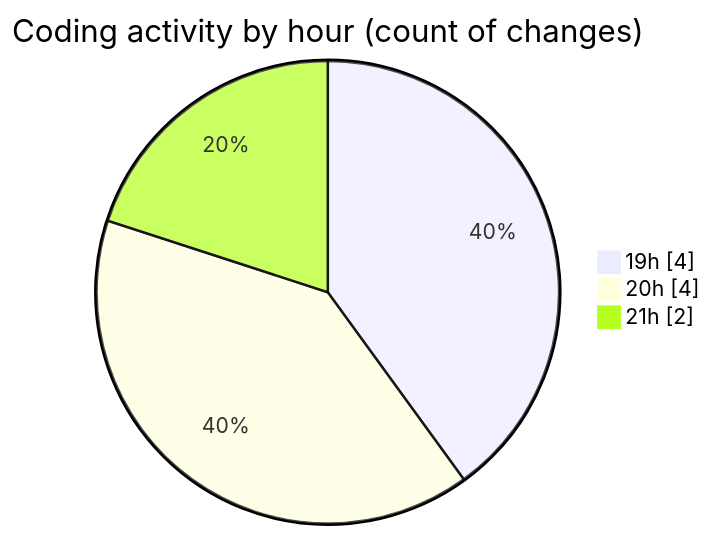
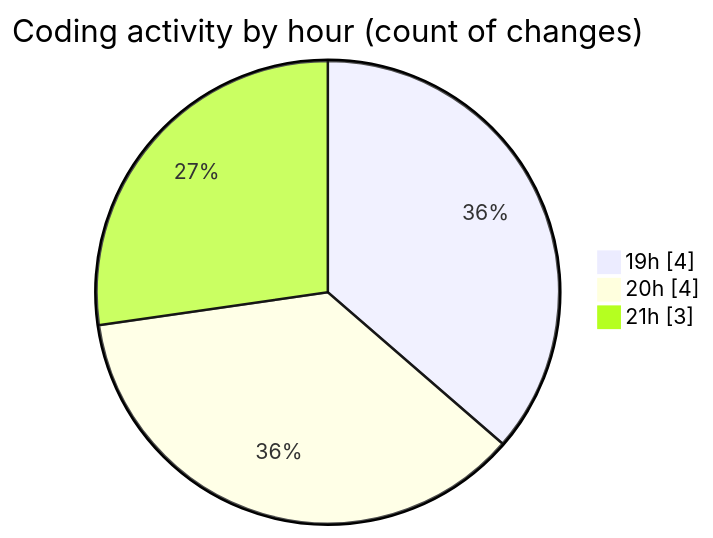
Before and after one commit to NitaiMahat/code-tracking: the second of 2 diagrams in 2025-02-22/coding_prac_7/README.md, drawn with Mermaid. The commit also changed other lines of this file and 1 other file, not shown here.

````diff
--- a/2025-02-22/coding_prac_7/README.md
+++ b/2025-02-22/coding_prac_7/README.md
@@ -30,7 +30,7 @@
 ```mermaid
 pie showData
 title Coding activity by hour (count of changes)
 "19h" : 4
 "20h" : 4
-"21h" : 2
+"21h" : 3
 ```
````
